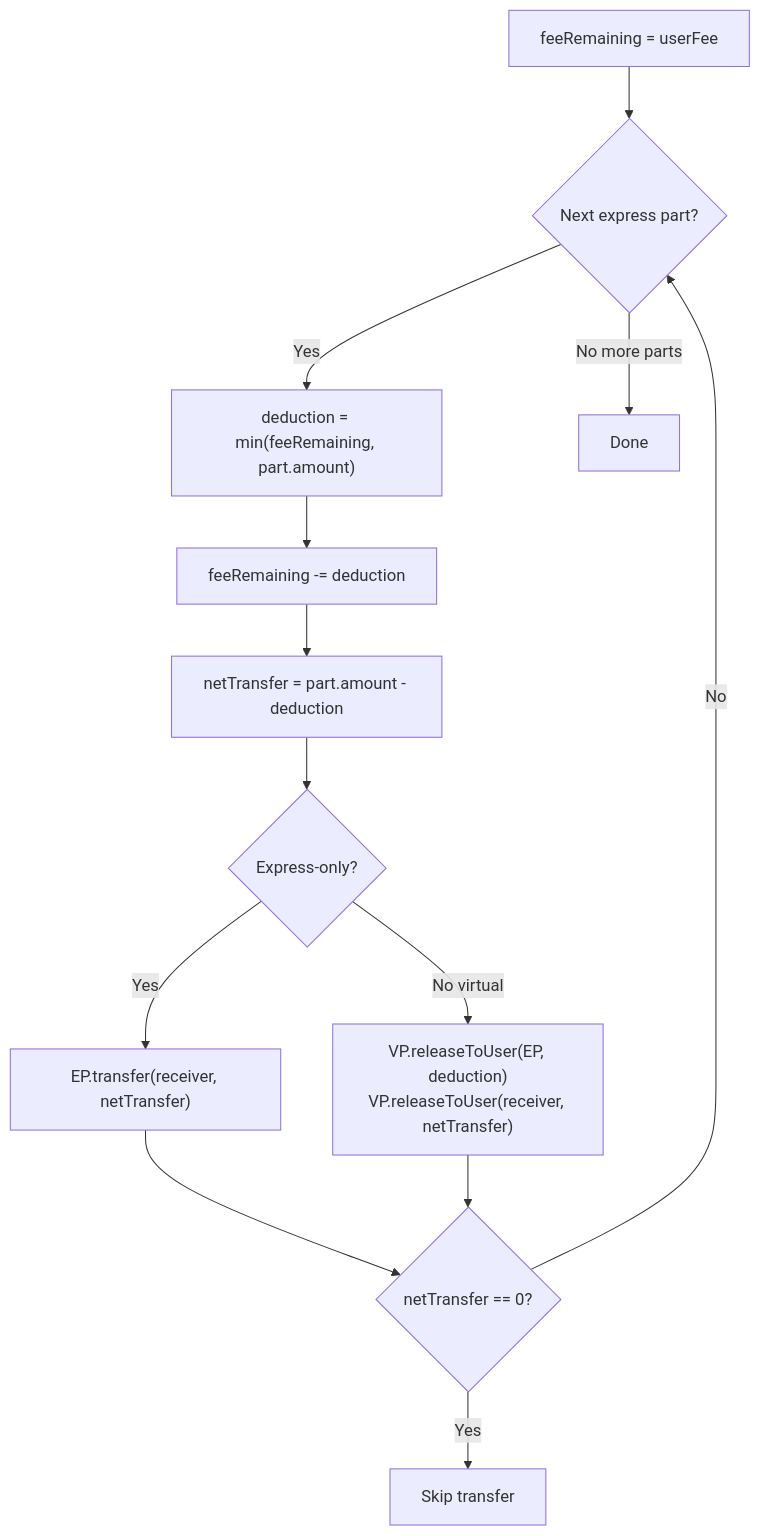
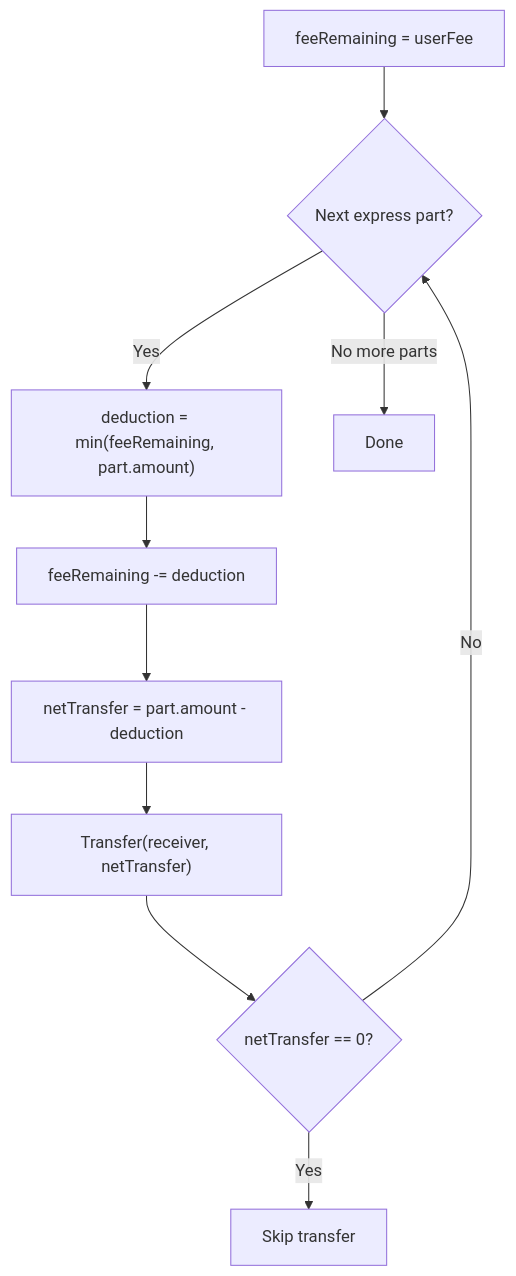
One commit to SYMM-IO/perps-core changed diagram 13 of 33 in docs/v0.8.6/express-bot-operations-checklist.md. Above: the diagram before and after it, drawn with Mermaid. The commit also changed other lines of this file and 9 other files, not shown here.

Commit message:
docs: replace VirtualProvider with Credit Line system in express provider docs

````diff
--- a/docs/v0.8.6/express-bot-operations-checklist.md
+++ b/docs/v0.8.6/express-bot-operations-checklist.md
@@ -2003,15 +1643,12 @@
 ```mermaid
 flowchart TD
     A["feeRemaining = userFee"] --> B{Next express part?}
     B -->|Yes| C["deduction = min(feeRemaining, part.amount)"]
     C --> D["feeRemaining -= deduction"]
     D --> E["netTransfer = part.amount - deduction"]
-    E --> F{Express-only?}
-    F -->|Yes| G["EP.transfer(receiver, netTransfer)"]
-    F -->|No virtual| H["VP.releaseToUser(EP, deduction)\nVP.releaseToUser(receiver, netTransfer)"]
+    E --> G["Transfer(receiver, netTransfer)"]
     G --> I{netTransfer == 0?}
-    H --> I
     I -->|Yes| J[Skip transfer]
     I -->|No| B
     B -->|No more parts| K[Done]
 ```
````
